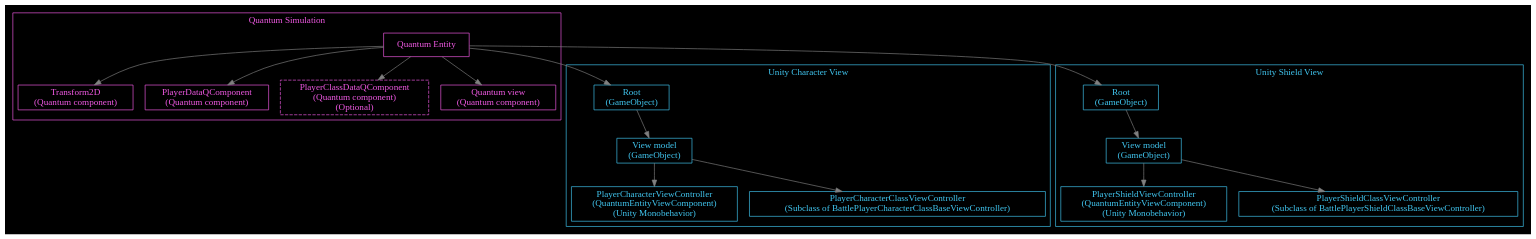
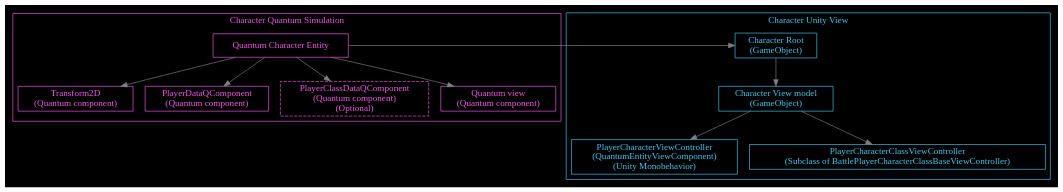
The sixth of 9 diagrams in Doc/Doxygen/Battle/additional-documentation/pages/1-concepts-player-.md (Alt-Org/Altzone), drawn with Graphviz before and after one commit. The commit also changed other lines of this file and 4 other files, not shown here.

First line of the commit message:
BattleDoc: updated BattleEntityManager documentation #1110

````diff
--- a/Doc/Doxygen/Battle/additional-documentation/pages/1-concepts-player-.md
+++ b/Doc/Doxygen/Battle/additional-documentation/pages/1-concepts-player-.md
@@ -268,58 +292,44 @@
 ```dot
 digraph PlayerCharacterEntity {
   color=white;
   fontcolor=white;
   bgcolor=black;
 
-
   edge [color=gray];
 
-  subgraph cluster_quantum {
+  subgraph cluster_quantum_character{
     color="#F159E4";
     fontcolor="#F159E4";
-    label = "Quantum Simulation";
+    label = "Character Quantum Simulation";
 
     node [shape=box, style=filled, color="#F159E4", fontcolor="#F159E4", fillcolor=black];
 
-    Entity          [label="Quantum Entity"];
-    Transform2D     [label="Transform2D\n(Quantum component)"];
-    PlayerData      [label="PlayerDataQComponent\n(Quantum component)"];
-    PlayerClassData [label="PlayerClassDataQComponent\n(Quantum component)\n(Optional)", style=dashed];
-    View            [label="Quantum view\n(Quantum component)"];
+    CharacterEntity          [label="Quantum Character Entity"];
 
-    Entity -> Transform2D, PlayerData, PlayerClassData, View;
+    PlayerTransform2D     [label="Transform2D\n(Quantum component)"];
+    PlayerData            [label="PlayerDataQComponent\n(Quantum component)"];
+    PlayerClassData       [label="PlayerClassDataQComponent\n(Quantum component)\n(Optional)", style=dashed];
+    PlayerView            [label="Quantum view\n(Quantum component)"];
+
+    CharacterEntity -> PlayerTransform2D, PlayerData, PlayerClassData, PlayerView
   }
 
-  subgraph cluster_unity_character {
+  subgraph cluster_unity_character{
     color="#41C7F1";
     fontcolor="#41C7F1";
-    label = "Unity Character View";
+    label = "Character Unity View";
 
     node [shape=box, style=filled, color="#41C7F1", fontcolor="#41C7F1", fillcolor=black];
 
-    CharacterRootGameObject                     [label="Root\n(GameObject)"];
-    CharacterViewModel                          [label="View model\n(GameObject)"];
-    PlayerCharacterViewController      [label="PlayerCharacterViewController\n(QuantumEntityViewComponent)\n(Unity Monobehavior)"];
-    PlayerCharacterClassViewController [label="PlayerCharacterClassViewController\n(Subclass of BattlePlayerCharacterClassBaseViewController)"];
+    CharacterRootGameObject               [label="Character Root\n(GameObject)"];
 
-    CharacterRootGameObject -> CharacterViewModel -> PlayerCharacterViewController, PlayerCharacterClassViewController;
+    CharacterViewModel                          [label="Character View model\n(GameObject)"];
+    PlayerCharacterViewController               [label="PlayerCharacterViewController\n(QuantumEntityViewComponent)\n(Unity Monobehavior)"];
+    PlayerCharacterClassViewController          [label="PlayerCharacterClassViewController\n(Subclass of BattlePlayerCharacterClassBaseViewController)"];
+
+    CharacterRootGameObject -> CharacterViewModel;
+    CharacterViewModel -> PlayerCharacterViewController, PlayerCharacterClassViewController
   }
-
-  subgraph cluster_unity_shield {
-    color="#41C7F1";
-    fontcolor="#41C7F1";
-    label = "Unity Shield View";
-
-    node [shape=box, style=filled, color="#41C7F1", fontcolor="#41C7F1", fillcolor=black];
-
-    ShieldRootGameObject                  [label="Root\n(GameObject)"];
-    ShieldViewModel                       [label="View model\n(GameObject)"];
-    PlayerShieldViewController      [label="PlayerShieldViewController\n(QuantumEntityViewComponent)\n(Unity Monobehavior)"];
-    PlayerShieldClassViewController [label="PlayerShieldClassViewController\n(Subclass of BattlePlayerShieldClassBaseViewController)"];
-
-    ShieldRootGameObject -> ShieldViewModel -> PlayerShieldViewController, PlayerShieldClassViewController;
-  }
-
-  Entity -> CharacterRootGameObject, ShieldRootGameObject;
+  CharacterEntity -> CharacterRootGameObject [constraint = false];
 }
 ```
````
